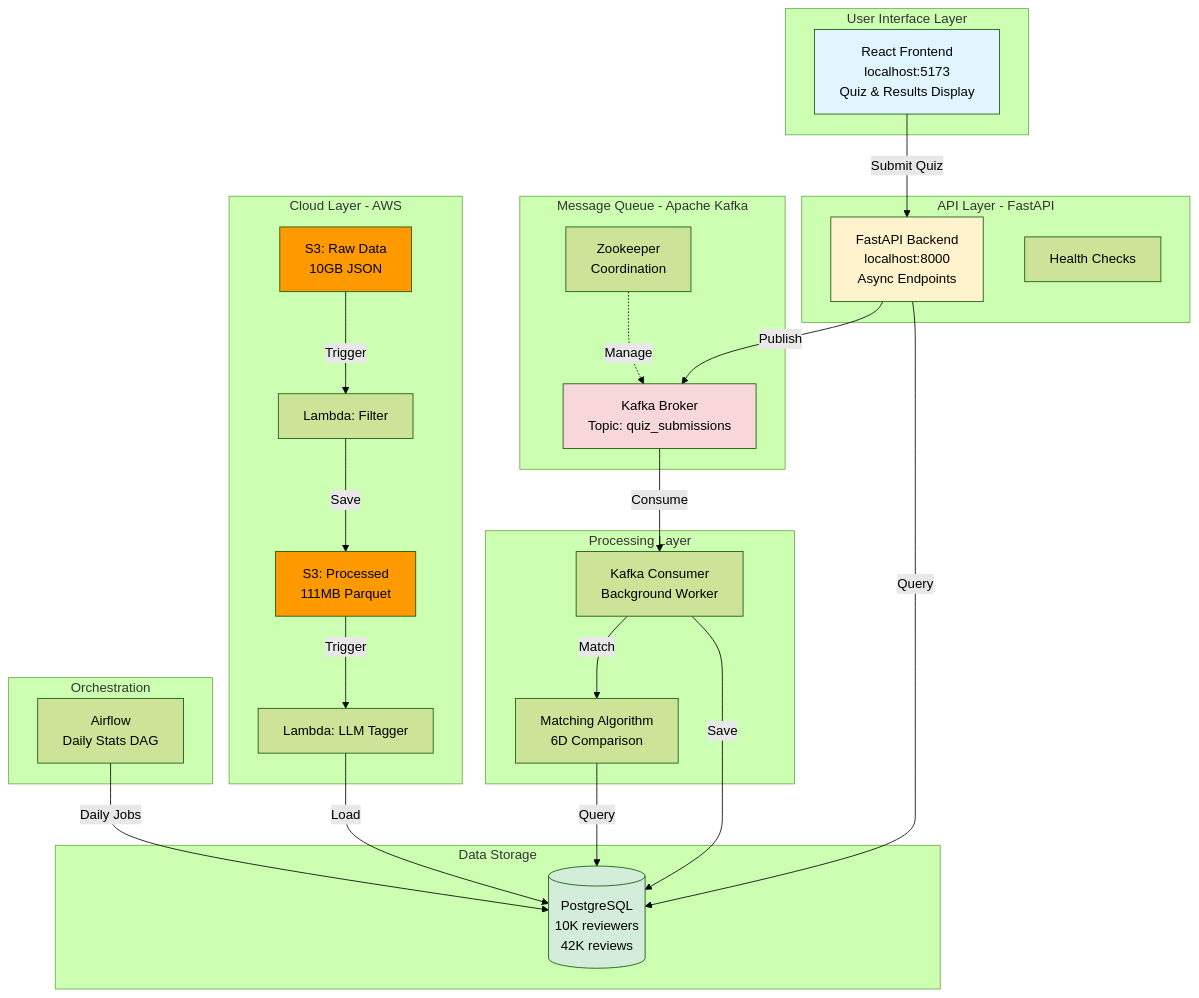
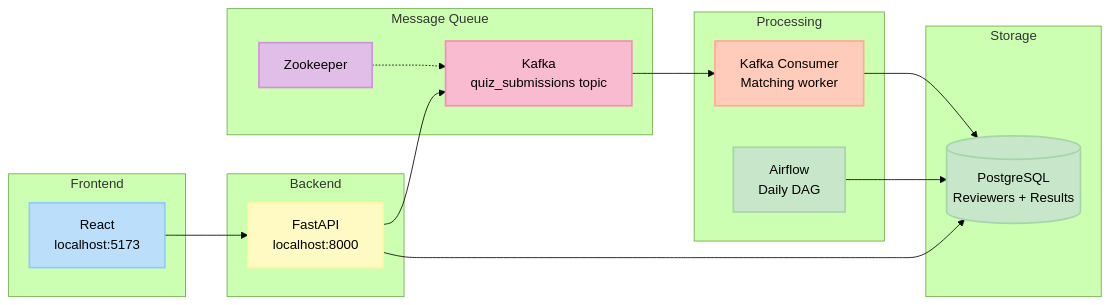
Before and after one commit to Vihaan8/dinelike_final_project: the sixth of 8 diagrams in README.md, drawn with Mermaid (forest theme). The commit also changed other lines of this file and 7 other files, not shown here.

````diff
--- a/README.md
+++ b/README.md
@@ -1030,60 +768,40 @@
 ```mermaid
-graph TB
-    subgraph "User Interface Layer"
-        UI[React Frontend<br/>localhost:5173<br/>Quiz & Results Display]
+graph LR
+    subgraph "Frontend"
+        UI[React<br/>localhost:5173]
     end
     
-    subgraph "API Layer - FastAPI"
-        API[FastAPI Backend<br/>localhost:8000<br/>Async Endpoints]
-        Health[Health Checks]
+    subgraph "Backend"
+        API[FastAPI<br/>localhost:8000]
     end
     
-    subgraph "Message Queue - Apache Kafka"
-        Kafka[Kafka Broker<br/>Topic: quiz_submissions]
-        Zoo[Zookeeper<br/>Coordination]
+    subgraph "Message Queue"
+        Kafka[Kafka<br/>quiz_submissions topic]
+        Zoo[Zookeeper]
     end
     
-    subgraph "Processing Layer"
-        Consumer[Kafka Consumer<br/>Background Worker]
-        Matcher[Matching Algorithm<br/>6D Comparison]
+    subgraph "Processing"
+        Consumer[Kafka Consumer<br/>Matching worker]
+        Airflow[Airflow<br/>Daily DAG]
     end
     
-    subgraph "Data Storage"
-        PG[(PostgreSQL<br/>10K reviewers<br/>42K reviews)]
+    subgraph "Storage"
+        PG[(PostgreSQL<br/>Reviewers + Results)]
     end
     
-    subgraph "Cloud Layer - AWS"
-        S3Raw[S3: Raw Data<br/>10GB JSON]
-        S3Proc[S3: Processed<br/>111MB Parquet]
-        Lambda1[Lambda: Filter]
-        Lambda2[Lambda: LLM Tagger]
-    end
+    UI --> API
+    API --> Kafka
+    Kafka --> Consumer
+    Consumer --> PG
+    API --> PG
+    Airflow --> PG
+    Zoo -.-> Kafka
     
-    subgraph "Orchestration"
-        Airflow[Airflow<br/>Daily Stats DAG]
-    end
-    
-    UI -->|Submit Quiz| API
-    API -->|Publish| Kafka
-    Kafka -->|Consume| Consumer
-    Consumer -->|Match| Matcher
-    Matcher -->|Query| PG
-    Consumer -->|Save| PG
-    API -->|Query| PG
-    
-    S3Raw -->|Trigger| Lambda1
-    Lambda1 -->|Save| S3Proc
-    S3Proc -->|Trigger| Lambda2
-    Lambda2 -->|Load| PG
-    
-    Airflow -->|Daily Jobs| PG
-    
-    Zoo -.->|Manage| Kafka
-    
-    style UI fill:#e1f5ff
-    style API fill:#fff3cd
-    style Kafka fill:#f8d7da
-    style PG fill:#d4edda
-    style S3Raw fill:#FF9900
-    style S3Proc fill:#FF9900
+    style UI fill:#BBDEFB,stroke:#90CAF9,stroke-width:2px
+    style API fill:#FFF9C4,stroke:#FFF59D,stroke-width:2px
+    style Kafka fill:#F8BBD0,stroke:#F48FB1,stroke-width:2px
+    style Zoo fill:#E1BEE7,stroke:#CE93D8,stroke-width:2px
+    style Consumer fill:#FFCCBC,stroke:#FFAB91,stroke-width:2px
+    style Airflow fill:#C8E6C9,stroke:#A5D6A7,stroke-width:2px
+    style PG fill:#C8E6C9,stroke:#A5D6A7,stroke-width:2px
 ```
````
